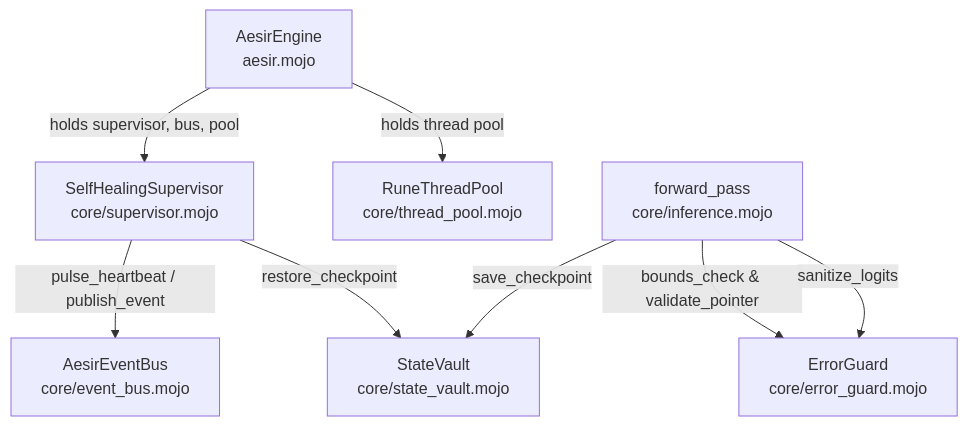
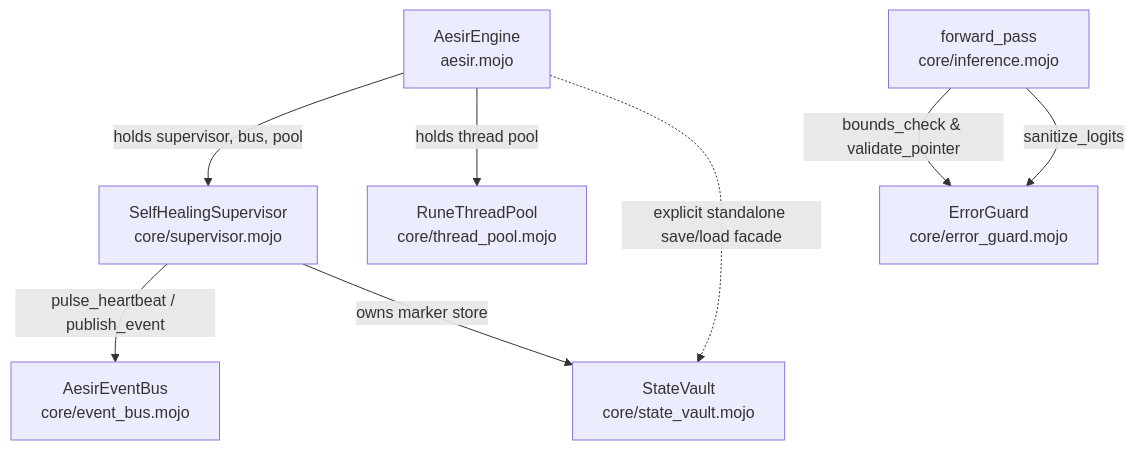
Before and after one commit to hrabanazviking/RuneForgeAI-Project-Aesir: the second of 4 diagrams in docs/DOMAIN_MAP.md, drawn with Mermaid. The commit also changed other lines of this file and 9 other files, not shown here.

````diff
--- a/docs/DOMAIN_MAP.md
+++ b/docs/DOMAIN_MAP.md
@@ -204,12 +204,12 @@
 ```mermaid
 graph TD
     Supervisor[SelfHealingSupervisor<br/>core/supervisor.mojo] -->|pulse_heartbeat / publish_event| Bus[AesirEventBus<br/>core/event_bus.mojo]
-    Supervisor -->|restore_checkpoint| Vault[StateVault<br/>core/state_vault.mojo]
+    Supervisor -->|owns marker store| Vault[StateVault<br/>core/state_vault.mojo]
     
     Engine[AesirEngine<br/>aesir.mojo] -->|holds supervisor, bus, pool| Supervisor
     Engine -->|holds thread pool| ThreadPool[RuneThreadPool<br/>core/thread_pool.mojo]
     
     Inference[forward_pass<br/>core/inference.mojo] -->|bounds_check & validate_pointer| ErrorGuard[ErrorGuard<br/>core/error_guard.mojo]
     Inference -->|sanitize_logits| ErrorGuard
-    Inference -->|save_checkpoint| Vault
+    Engine -.->|explicit standalone save/load facade| Vault
 ```
````
